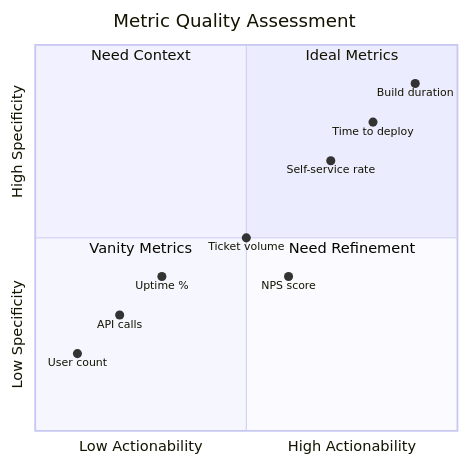
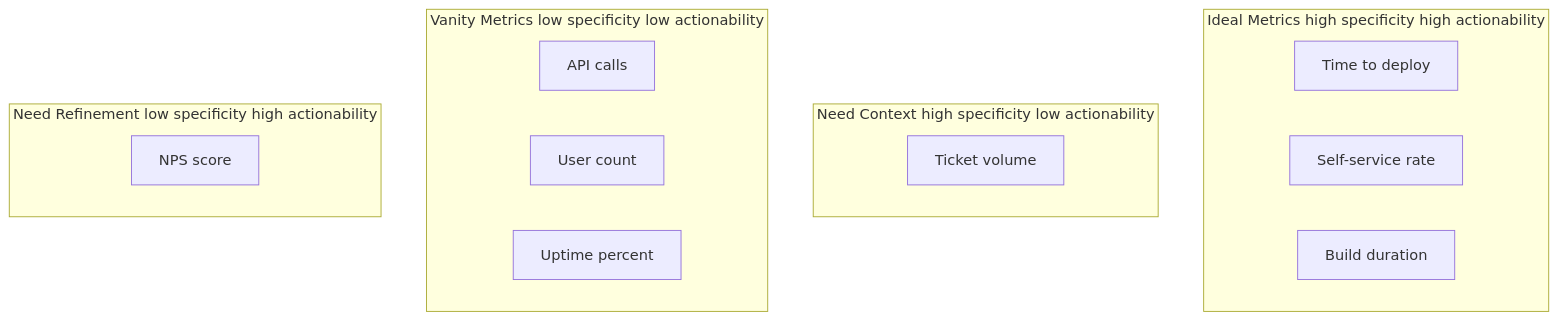
The third of 3 diagrams in src/content/articles/platform-engineering-metrics-lead-time-developer-friction/index.mdx (webstackdev/astro.webstackbuilders.com), drawn with Mermaid before and after one commit. The commit also changed 20 other files, not shown here.

Commit message:
Fix build errors on Mermaid chart malformed graphs

````diff
--- a/src/content/articles/platform-engineering-metrics-lead-time-developer-friction/index.mdx
+++ b/src/content/articles/platform-engineering-metrics-lead-time-developer-friction/index.mdx
@@ -795,20 +795,22 @@
 ```mermaid
-quadrantChart
-    title Metric Quality Assessment
-    x-axis Low Actionability --> High Actionability
-    y-axis Low Specificity --> High Specificity
+graph TD
+  subgraph ideal[Ideal Metrics high specificity high actionability]
+    A[Time to deploy]
+    B[Self-service rate]
+    C[Build duration]
+  end
 
-    quadrant-1 Ideal Metrics
-    quadrant-2 Need Context
-    quadrant-3 Vanity Metrics
-    quadrant-4 Need Refinement
+  subgraph needContext[Need Context high specificity low actionability]
+    D[Ticket volume]
+  end
 
-    "API calls": [0.2, 0.3]
-    "User count": [0.1, 0.2]
-    "Uptime %": [0.3, 0.4]
-    "Ticket volume": [0.5, 0.5]
-    "Time to deploy": [0.8, 0.8]
-    "Self-service rate": [0.7, 0.7]
-    "NPS score": [0.6, 0.4]
-    "Build duration": [0.9, 0.9]
+  subgraph vanity[Vanity Metrics low specificity low actionability]
+    E[API calls]
+    F[User count]
+    G[Uptime percent]
+  end
+
+  subgraph needRefinement[Need Refinement low specificity high actionability]
+    H[NPS score]
+  end
 ```
````
